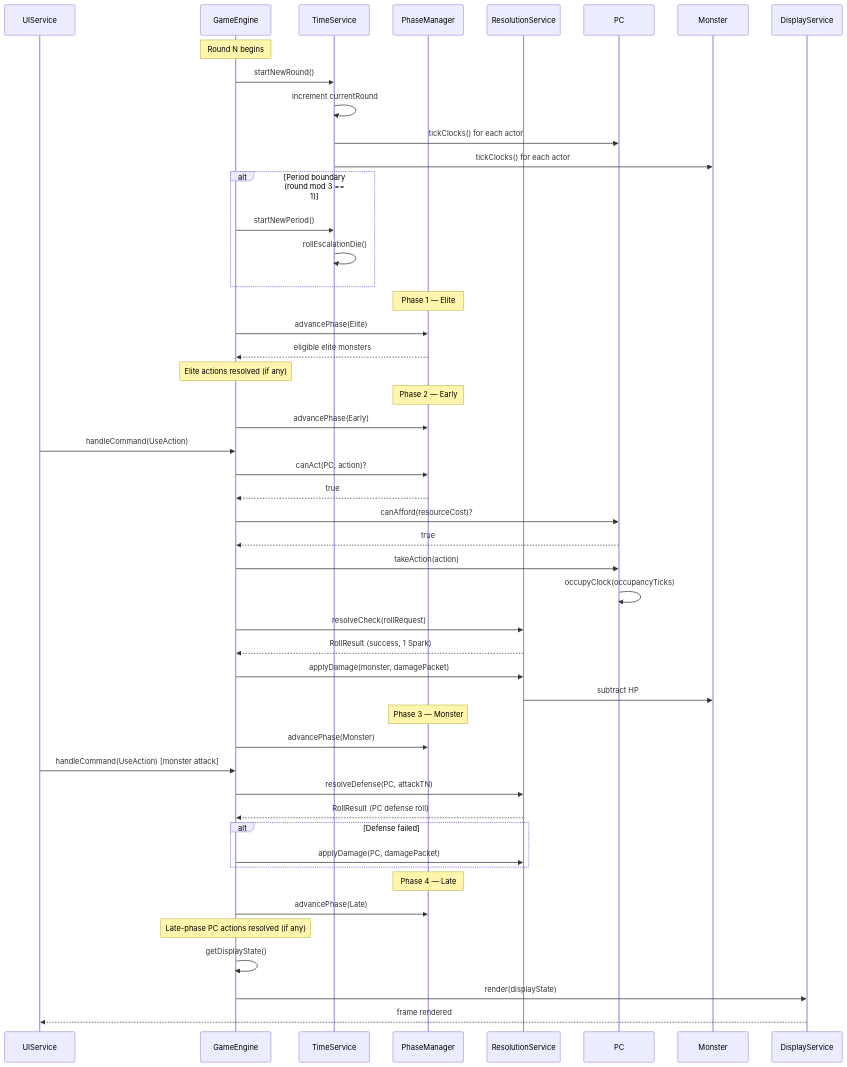
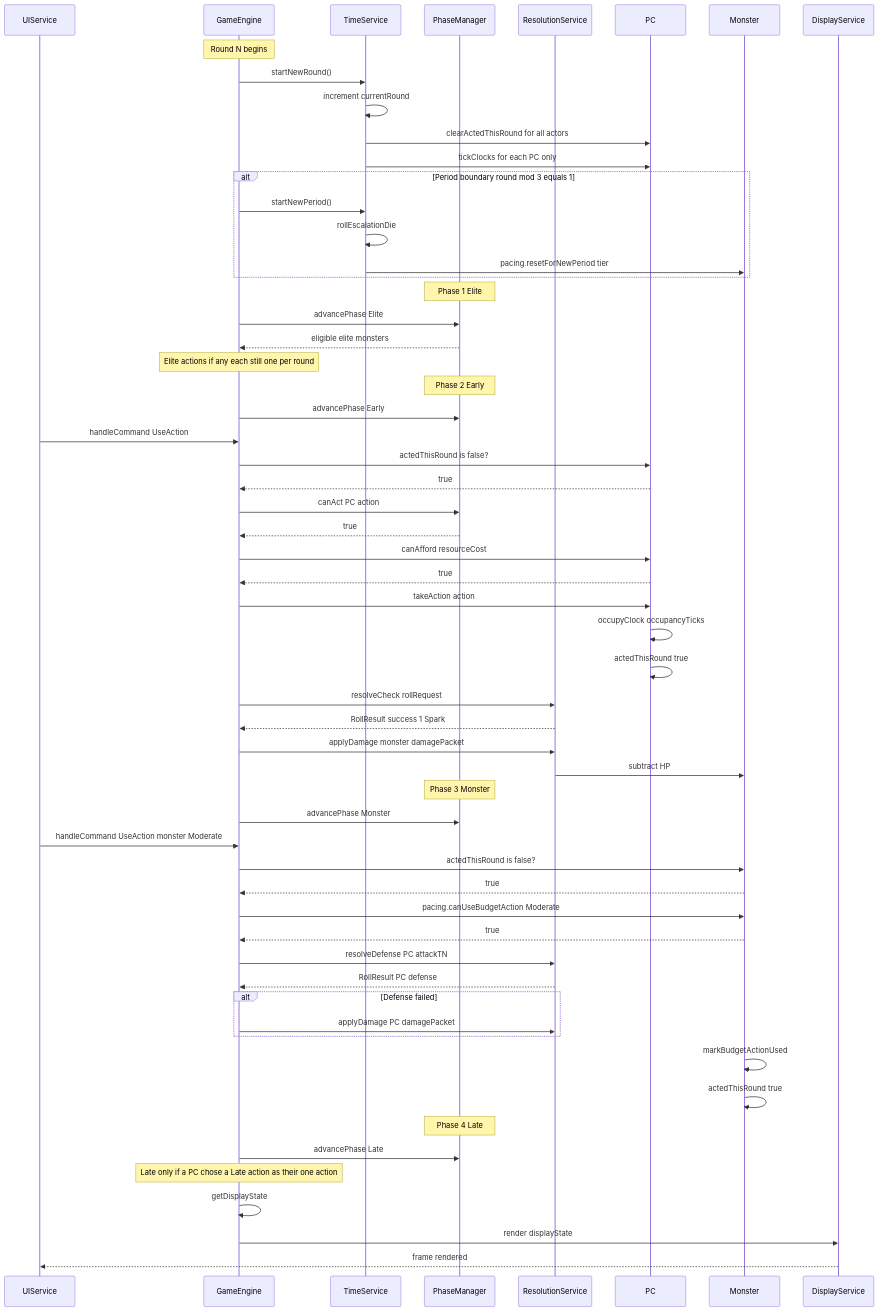
The fourth of 4 diagrams in documentation/SDDs/game-engine-class-diagram.md (CapGrey/hackFinder), drawn with Mermaid before and after one commit. The commit also changed other lines of this file and 1 other file, not shown here.

Commit message:
updates to game engine class diagram

````diff
--- a/documentation/SDDs/game-engine-class-diagram.md
+++ b/documentation/SDDs/game-engine-class-diagram.md
@@ -561,58 +603,68 @@
 ```mermaid
 sequenceDiagram
     participant UI as UIService
     participant GE as GameEngine
     participant TS as TimeService
     participant PM as PhaseManager
     participant RS as ResolutionService
     participant PC as PC
     participant Monster as Monster
     participant DS as DisplayService
 
     Note over GE: Round N begins
     GE->>TS: startNewRound()
     TS->>TS: increment currentRound
-    TS->>PC: tickClocks() for each actor
-    TS->>Monster: tickClocks() for each actor
+    TS->>PC: clearActedThisRound for all actors
+    TS->>PC: tickClocks for each PC only
 
-    alt Period boundary (round mod 3 == 1)
+    alt Period boundary round mod 3 equals 1
         GE->>TS: startNewPeriod()
-        TS->>TS: rollEscalationDie()
+        TS->>TS: rollEscalationDie
+        TS->>Monster: pacing.resetForNewPeriod tier
     end
 
-    Note over PM: Phase 1 — Elite
-    GE->>PM: advancePhase(Elite)
+    Note over PM: Phase 1 Elite
+    GE->>PM: advancePhase Elite
     PM-->>GE: eligible elite monsters
-    Note over GE: Elite actions resolved (if any)
+    Note over GE: Elite actions if any each still one per round
 
-    Note over PM: Phase 2 — Early
-    GE->>PM: advancePhase(Early)
-    UI->>GE: handleCommand(UseAction)
-    GE->>PM: canAct(PC, action)?
+    Note over PM: Phase 2 Early
+    GE->>PM: advancePhase Early
+    UI->>GE: handleCommand UseAction
+    GE->>PC: actedThisRound is false?
+    PC-->>GE: true
+    GE->>PM: canAct PC action
     PM-->>GE: true
-    GE->>PC: canAfford(resourceCost)?
+    GE->>PC: canAfford resourceCost
     PC-->>GE: true
-    GE->>PC: takeAction(action)
-    PC->>PC: occupyClock(occupancyTicks)
-    GE->>RS: resolveCheck(rollRequest)
-    RS-->>GE: RollResult (success, 1 Spark)
-    GE->>RS: applyDamage(monster, damagePacket)
+    GE->>PC: takeAction action
+    PC->>PC: occupyClock occupancyTicks
+    PC->>PC: actedThisRound true
+    GE->>RS: resolveCheck rollRequest
+    RS-->>GE: RollResult success 1 Spark
+    GE->>RS: applyDamage monster damagePacket
     RS->>Monster: subtract HP
 
-    Note over PM: Phase 3 — Monster
-    GE->>PM: advancePhase(Monster)
-    UI->>GE: handleCommand(UseAction) [monster attack]
-    GE->>RS: resolveDefense(PC, attackTN)
-    RS-->>GE: RollResult (PC defense roll)
+    Note over PM: Phase 3 Monster
+    GE->>PM: advancePhase Monster
+    UI->>GE: handleCommand UseAction monster Moderate
+    GE->>Monster: actedThisRound is false?
+    Monster-->>GE: true
+    GE->>Monster: pacing.canUseBudgetAction Moderate
+    Monster-->>GE: true
+    GE->>RS: resolveDefense PC attackTN
+    RS-->>GE: RollResult PC defense
     alt Defense failed
-        GE->>RS: applyDamage(PC, damagePacket)
+        GE->>RS: applyDamage PC damagePacket
     end
+    Monster->>Monster: markBudgetActionUsed
+    Monster->>Monster: actedThisRound true
 
-    Note over PM: Phase 4 — Late
-    GE->>PM: advancePhase(Late)
-    Note over GE: Late-phase PC actions resolved (if any)
+    Note over PM: Phase 4 Late
+    GE->>PM: advancePhase Late
+    Note over GE: Late only if a PC chose a Late action as their one action
 
-    GE->>GE: getDisplayState()
-    GE->>DS: render(displayState)
+    GE->>GE: getDisplayState
+    GE->>DS: render displayState
     DS-->>UI: frame rendered
 ```
````
